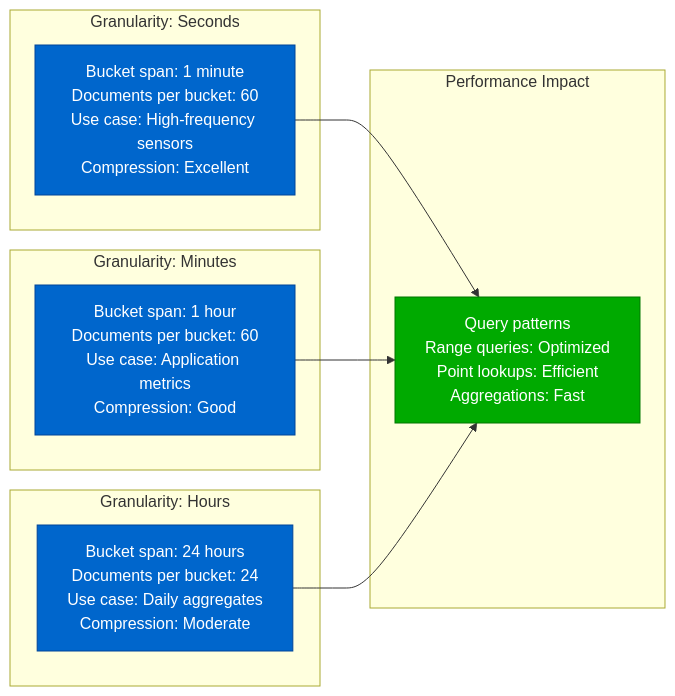
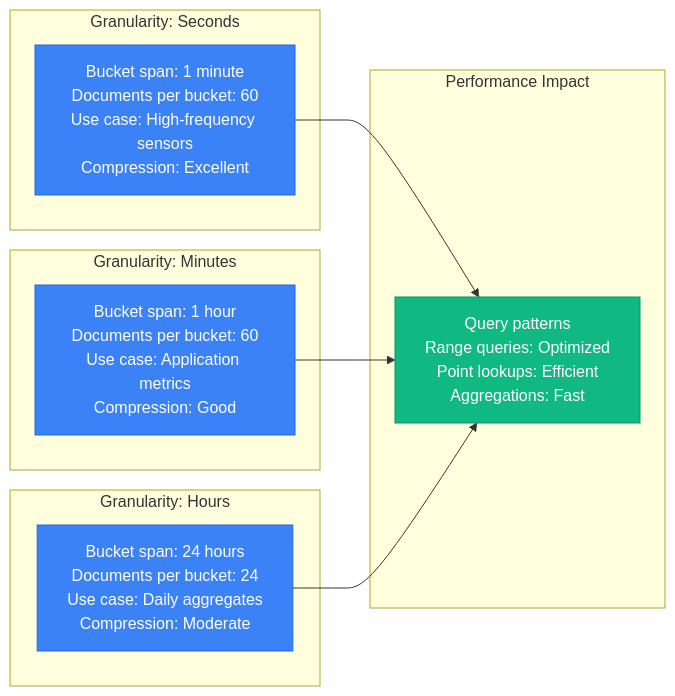
One commit to deepaucksharma/DS changed diagram 13 of 14 in site/docs/performance/mongodb-performance-profile.md. Above: the diagram before and after it, drawn with Mermaid. The commit also changed other lines of this file and 303 other files, not shown here.

````diff
--- a/site/docs/performance/mongodb-performance-profile.md
+++ b/site/docs/performance/mongodb-performance-profile.md
@@ -462,28 +462,28 @@
 ```mermaid
 graph LR
     subgraph "Granularity: Seconds"
         S1[Bucket span: 1 minute<br/>Documents per bucket: 60<br/>Use case: High-frequency sensors<br/>Compression: Excellent]
     end
 
     subgraph "Granularity: Minutes"
         M1[Bucket span: 1 hour<br/>Documents per bucket: 60<br/>Use case: Application metrics<br/>Compression: Good]
     end
 
     subgraph "Granularity: Hours"
         H1[Bucket span: 24 hours<br/>Documents per bucket: 24<br/>Use case: Daily aggregates<br/>Compression: Moderate]
     end
 
     subgraph "Performance Impact"
         P1[Query patterns<br/>Range queries: Optimized<br/>Point lookups: Efficient<br/>Aggregations: Fast]
     end
 
     S1 --> P1
     M1 --> P1
     H1 --> P1
 
-    classDef granularityStyle fill:#0066CC,stroke:#004499,color:#fff
-    classDef perfStyle fill:#00AA00,stroke:#007700,color:#fff
+    classDef granularityStyle fill:#3B82F6,stroke:#2563EB,color:#fff
+    classDef perfStyle fill:#10B981,stroke:#059669,color:#fff
 
     class S1,M1,H1 granularityStyle
     class P1 perfStyle
 ```
````
